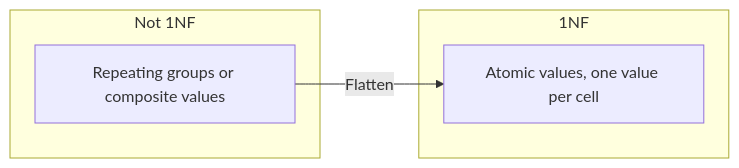
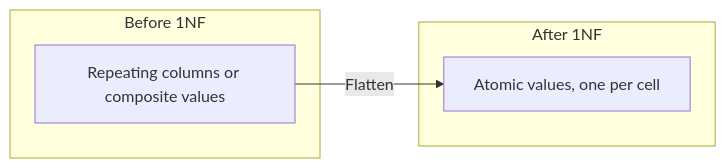
The first of 8 diagrams in DBMS/Ch 07 - Normalization.md (manishkumar8312/CS-Fundamentals), drawn with Mermaid before and after one commit. The commit also changed other lines of this file, not shown here.

````diff
--- a/DBMS/Ch 07 - Normalization.md
+++ b/DBMS/Ch 07 - Normalization.md
@@ -26,10 +32,10 @@
 ```mermaid
 graph LR
-    subgraph "Not 1NF"
-        A[Repeating groups or composite values]
+    subgraph "Before 1NF"
+        A[Repeating columns or composite values]
     end
-    subgraph "1NF"
-        B[Atomic values, one value per cell]
+    subgraph "After 1NF"
+        B[Atomic values, one per cell]
     end
     A -->|Flatten| B
 ```
````
